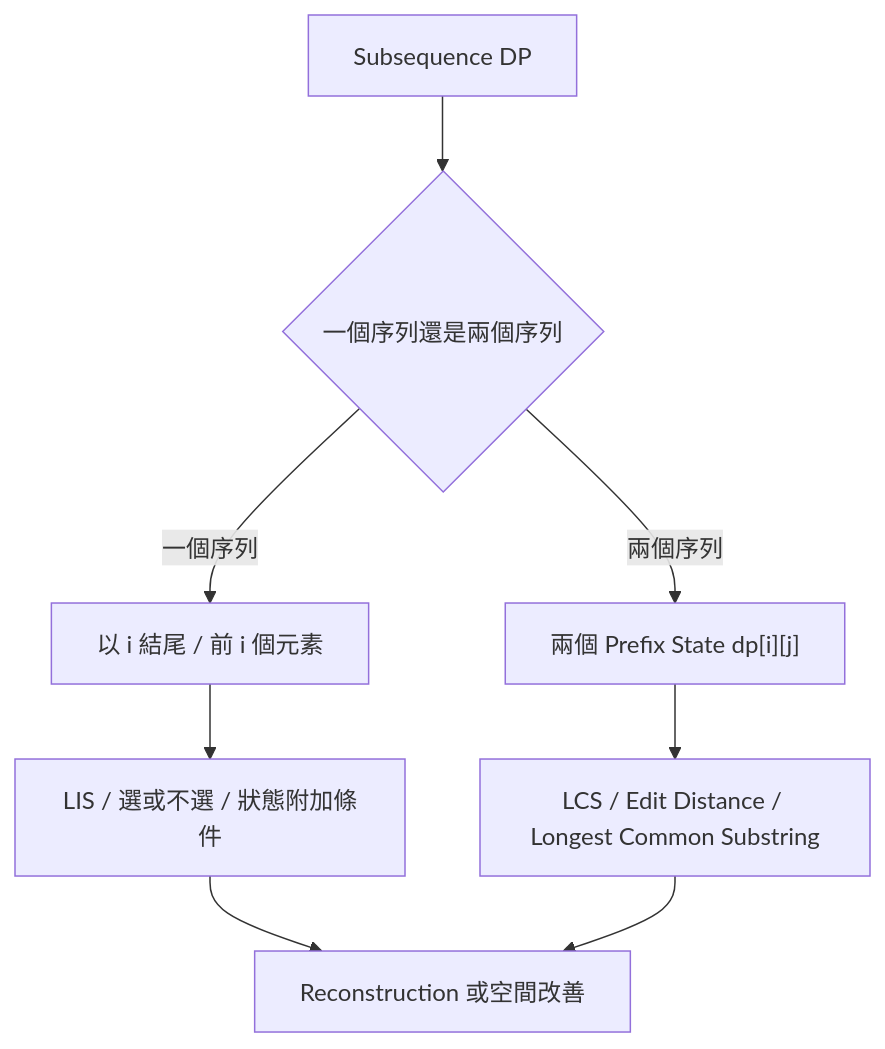
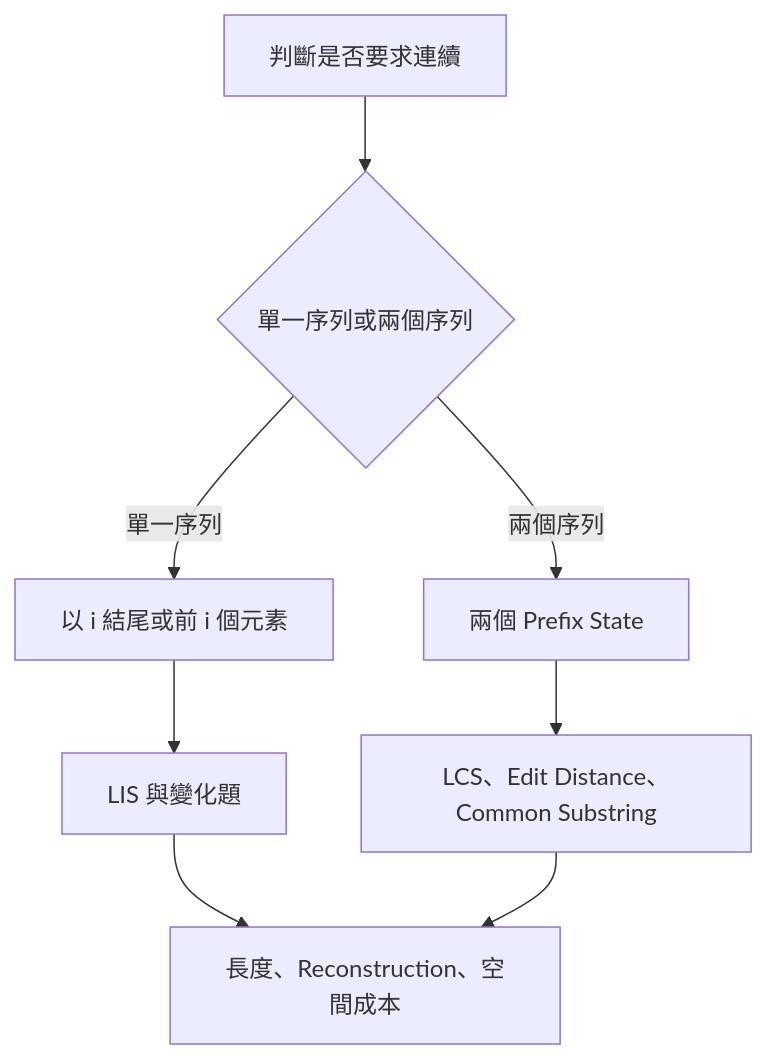
One commit to davidchen0970/algorithm_note changed the first of 3 diagrams in 09_dynamic_programming/41_subsequence_dp.md. Above: the diagram before and after it, drawn with Mermaid. The commit also changed other lines of this file, not shown here.

````diff
--- a/09_dynamic_programming/41_subsequence_dp.md
+++ b/09_dynamic_programming/41_subsequence_dp.md
@@ -9,10 +39,10 @@
 ```mermaid
 flowchart TD
-    A["Subsequence DP"] --> B{"一個序列還是兩個序列"}
-    B -->|一個序列| C["以 i 結尾 / 前 i 個元素"]
-    B -->|兩個序列| D["兩個 Prefix State dp[i][j]"]
-    C --> E["LIS / 選或不選 / 狀態附加條件"]
-    D --> F["LCS / Edit Distance / Longest Common Substring"]
-    E --> G["Reconstruction 或空間改善"]
+    A["判斷是否要求連續"] --> B{"單一序列或兩個序列"}
+    B -->|單一序列| C["以 i 結尾或前 i 個元素"]
+    B -->|兩個序列| D["兩個 Prefix State"]
+    C --> E["LIS 與變化題"]
+    D --> F["LCS、Edit Distance、Common Substring"]
+    E --> G["長度、Reconstruction、空間成本"]
     F --> G
 ```
````
